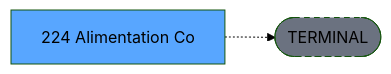
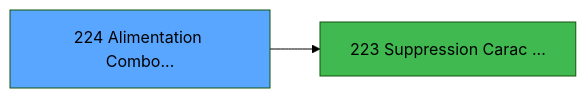
Before and after one commit to thonyAGP/magic-migration: the third of 3 diagrams in .openspec/specs/ADH-IDE-224.md, drawn with Mermaid (forest theme). The commit also changed other lines of this file and 493 other files, not shown here.

````diff
--- a/.openspec/specs/ADH-IDE-224.md
+++ b/.openspec/specs/ADH-IDE-224.md
@@ -138,8 +201,8 @@
 ```mermaid
 graph LR
-    T[224 Alimentation Co]
-    TERM([TERMINAL])
-    T -.-> TERM
-    style TERM fill:#6b7280,stroke-dasharray: 5 5
-    style T fill:#58a6ff,color:#000
+    T224[224 Alimentation Combo...]
+    style T224 fill:#58a6ff
+    C223[223 Suppression Carac ...]
+    T224 --> C223
+    style C223 fill:#3fb950
 ```
````
